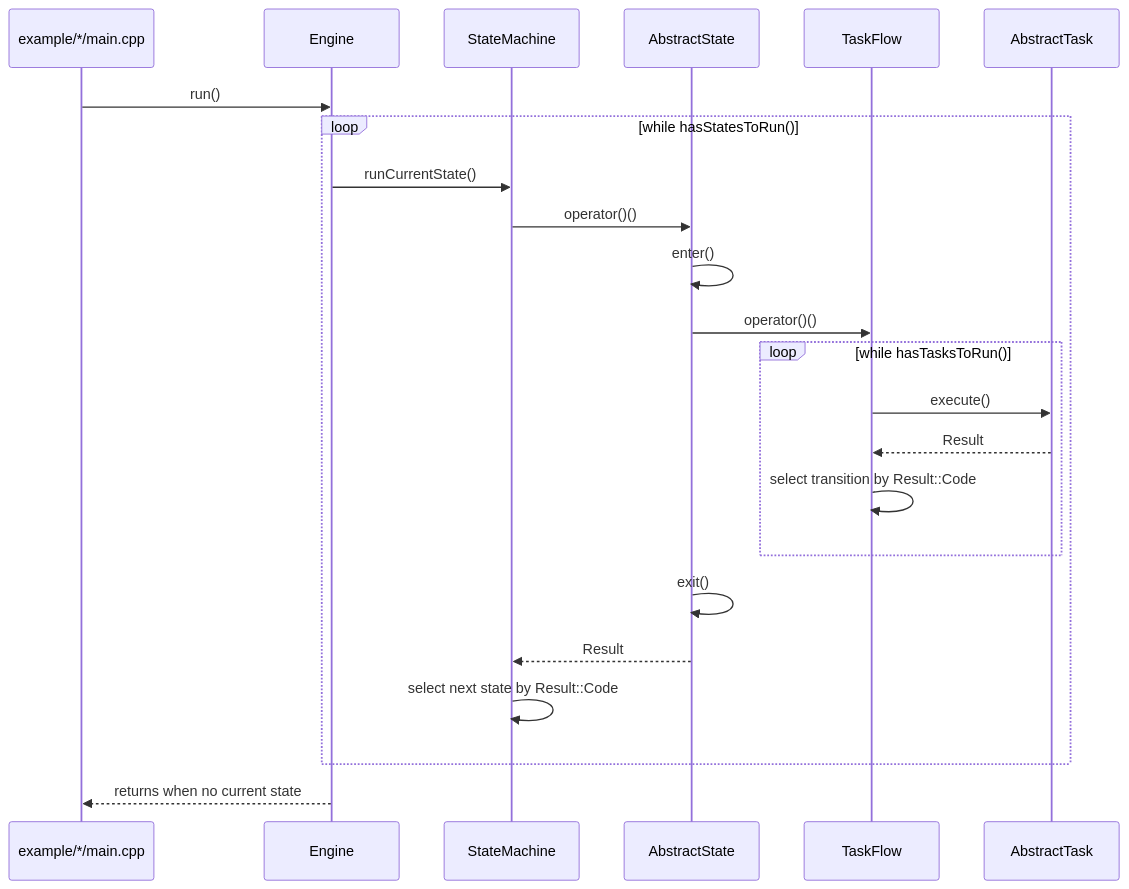
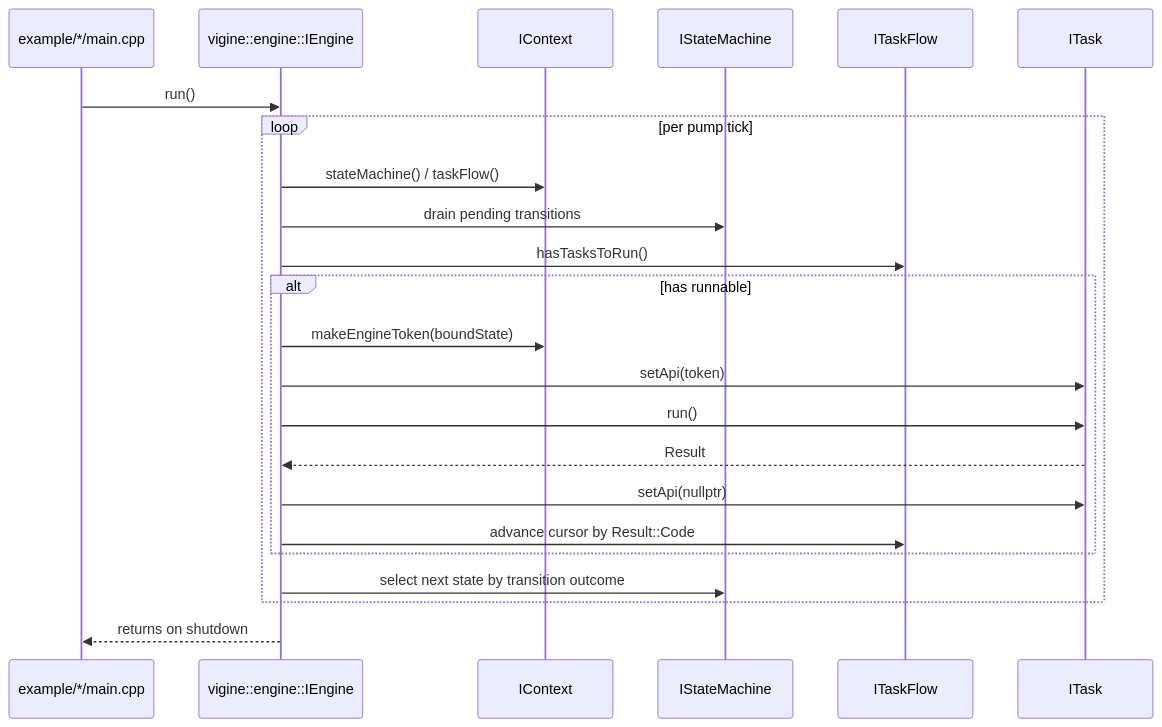
Before and after one commit to vigine-dev/Vigine: the diagram in doc/sequence-engine-state.md, drawn with Mermaid. The commit also changed 31 other files, not shown here.

First line of the commit message:
Delete legacy root-namespace engine, context, state machine, task flow (#282)

````diff
--- a/doc/sequence-engine-state.md
+++ b/doc/sequence-engine-state.md
@@ -3,26 +3,26 @@
 ```mermaid
 sequenceDiagram
 participant Main as example/*/main.cpp
-participant Engine
-participant SM as StateMachine
-participant State as AbstractState
-participant TF as TaskFlow
-participant Task as AbstractTask
+participant Engine as vigine::engine::IEngine
+participant Ctx as IContext
+participant FSM as IStateMachine
+participant TF as ITaskFlow
+participant Task as ITask
 
 Main->>Engine: run()
-loop while hasStatesToRun()
-  Engine->>SM: runCurrentState()
-  SM->>State: operator()()
-  State->>State: enter()
-  State->>TF: operator()()
-  loop while hasTasksToRun()
-    TF->>Task: execute()
-    Task-->>TF: Result
-    TF->>TF: select transition by Result::Code
+loop per pump tick
+  Engine->>Ctx: stateMachine() / taskFlow()
+  Engine->>FSM: drain pending transitions
+  Engine->>TF: hasTasksToRun()
+  alt has runnable
+    Engine->>Ctx: makeEngineToken(boundState)
+    Engine->>Task: setApi(token)
+    Engine->>Task: run()
+    Task-->>Engine: Result
+    Engine->>Task: setApi(nullptr)
+    Engine->>TF: advance cursor by Result::Code
   end
-  State->>State: exit()
-  State-->>SM: Result
-  SM->>SM: select next state by Result::Code
+  Engine->>FSM: select next state by transition outcome
 end
-Engine-->>Main: returns when no current state
+Engine-->>Main: returns on shutdown
 ```
````
